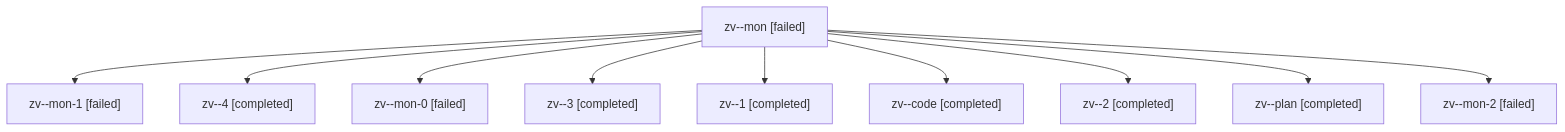
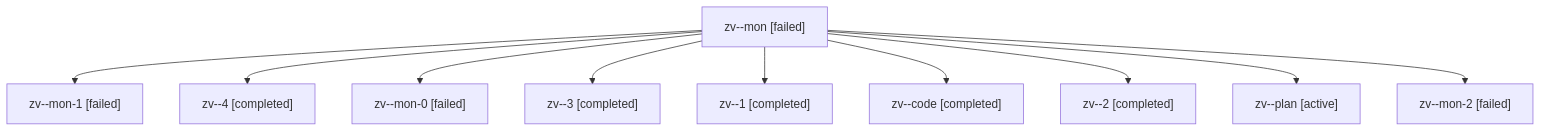
Before and after one commit to sase-org/sase--agents: the diagram in families/bbugyi200.athena.zv.md, drawn with Mermaid. The commit also changed other lines of this file and 35830 other files, not shown here.

````diff
--- a/families/bbugyi200.athena.zv.md
+++ b/families/bbugyi200.athena.zv.md
@@ -9,22 +9,22 @@
 ```mermaid
 flowchart TD
   n0["zv--mon [failed]"]
   n1["zv--mon-1 [failed]"]
   n0 --> n1
   n2["zv--4 [completed]"]
   n0 --> n2
   n3["zv--mon-0 [failed]"]
   n0 --> n3
   n4["zv--3 [completed]"]
   n0 --> n4
   n5["zv--1 [completed]"]
   n0 --> n5
   n6["zv--code [completed]"]
   n0 --> n6
   n7["zv--2 [completed]"]
   n0 --> n7
-  n8["zv--plan [completed]"]
+  n8["zv--plan [active]"]
   n0 --> n8
   n9["zv--mon-2 [failed]"]
   n0 --> n9
 ```
````
